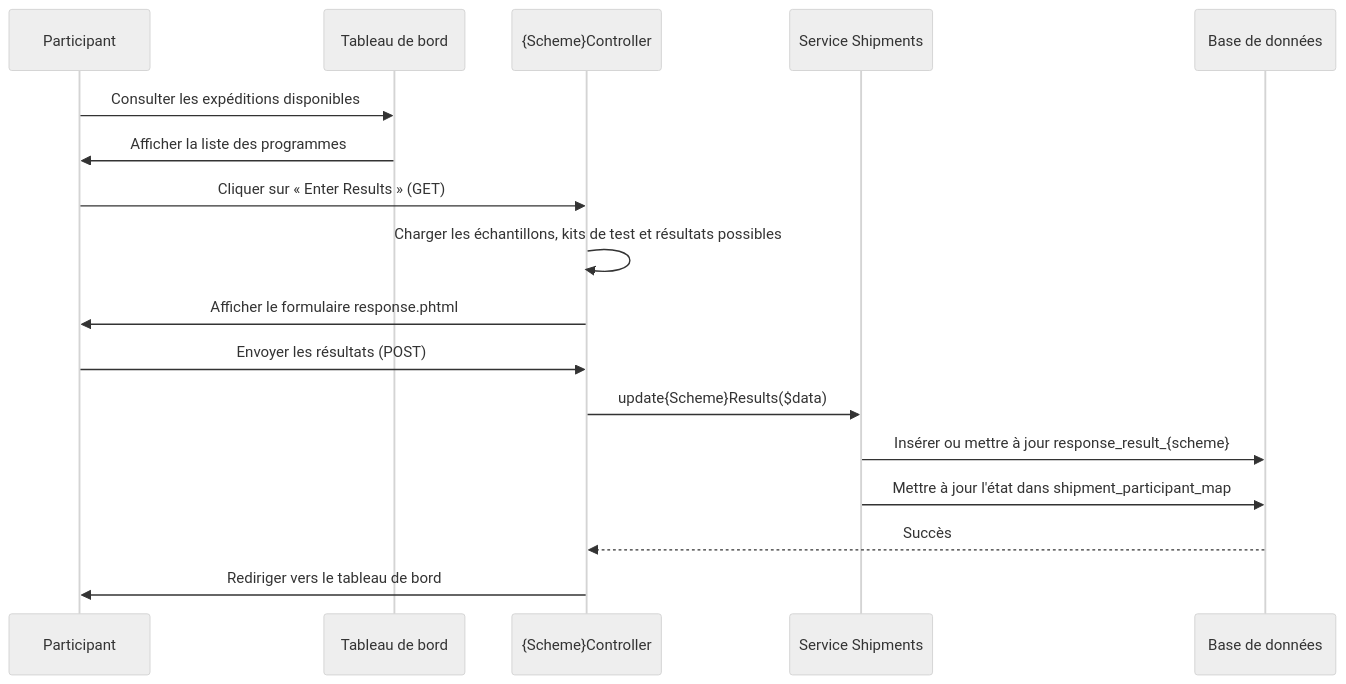
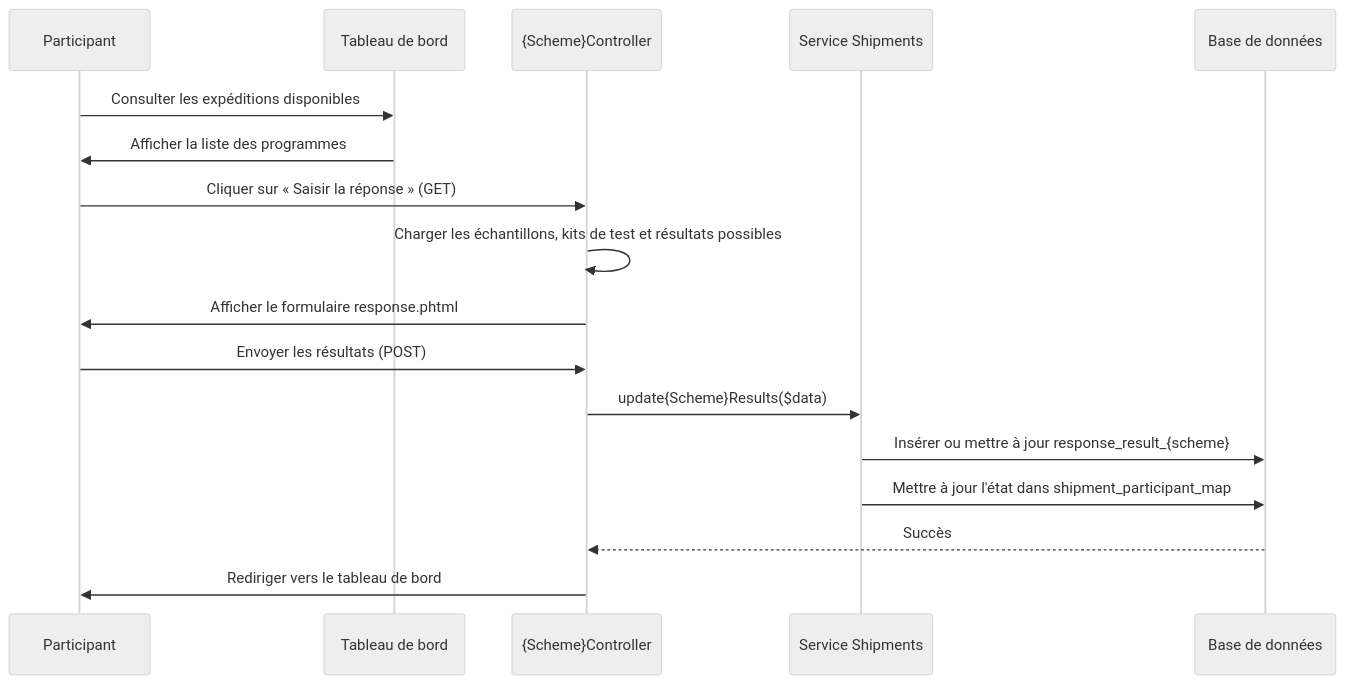
One commit to deforay/ept changed the second of 9 diagrams in docs/fr/SchemeArchitecture.md. Above: the diagram before and after it, drawn with Mermaid (neutral theme). The commit also changed other lines of this file and 5 other files, not shown here.

Commit message:
Correct DTS exercise result values and sheet names, admin guide menu paths, and scheme architecture details

````diff
--- a/docs/fr/SchemeArchitecture.md
+++ b/docs/fr/SchemeArchitecture.md
@@ -254,20 +260,20 @@
 ```mermaid
 sequenceDiagram
     participant P as Participant
     participant D as Tableau de bord
     participant C as {Scheme}Controller
     participant S as Service Shipments
     participant DB as Base de données
 
     P->>D: Consulter les expéditions disponibles
     D->>P: Afficher la liste des programmes
-    P->>C: Cliquer sur « Enter Results » (GET)
+    P->>C: Cliquer sur « Saisir la réponse » (GET)
     C->>C: Charger les échantillons, kits de test et résultats possibles
     C->>P: Afficher le formulaire response.phtml
     P->>C: Envoyer les résultats (POST)
     C->>S: update{Scheme}Results($data)
     S->>DB: Insérer ou mettre à jour response_result_{scheme}
     S->>DB: Mettre à jour l'état dans shipment_participant_map
     DB-->>C: Succès
     C->>P: Rediriger vers le tableau de bord
 ```
````
